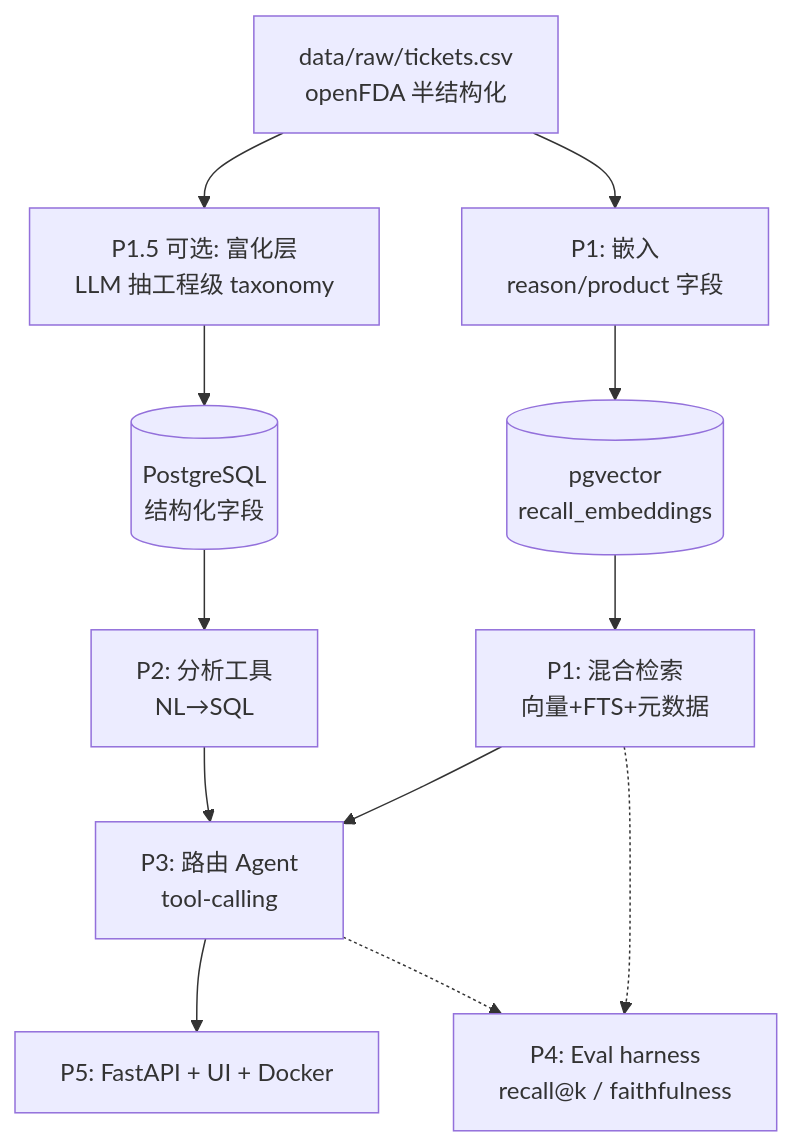
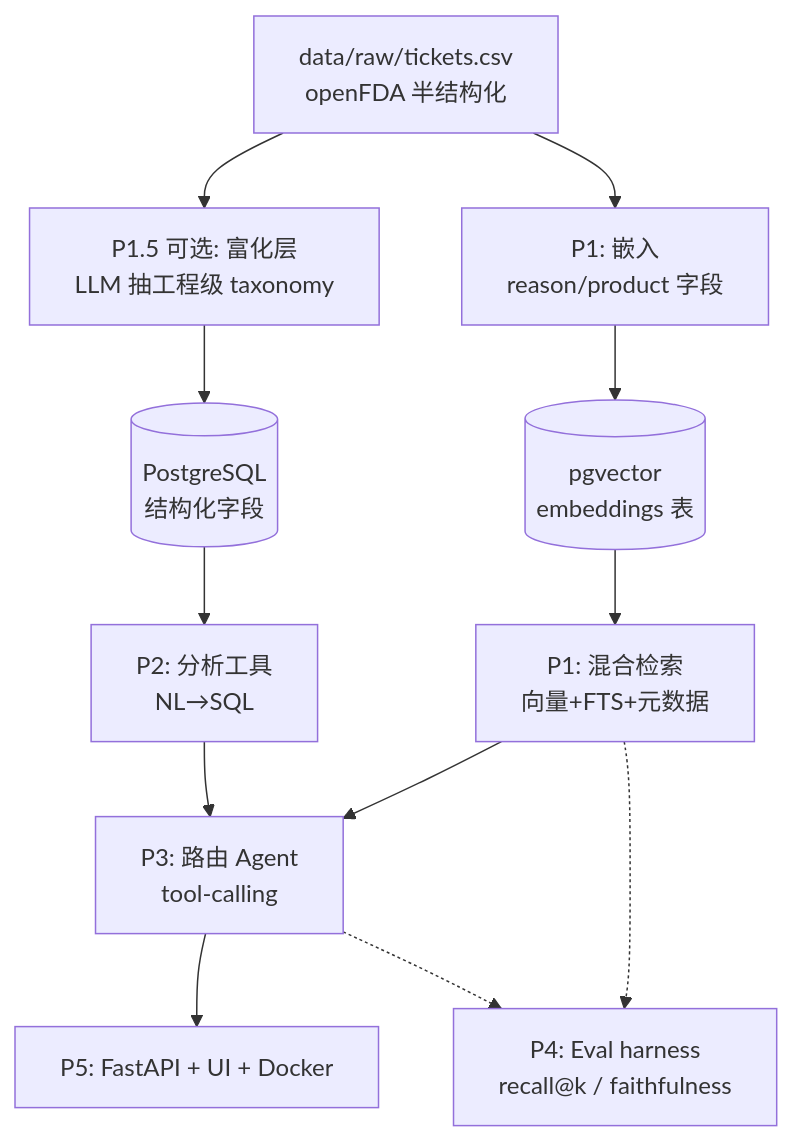
The diagram in PLAN.md (Wmx-5Percent/FDAgent), drawn with Mermaid before and after one commit. The commit also changed other lines of this file and 6 other files, not shown here.

````diff
--- a/PLAN.md
+++ b/PLAN.md
@@ -26,14 +26,14 @@
 ```mermaid
 flowchart TB
   A[data/raw/tickets.csv<br/>openFDA 半结构化] --> B[P1.5 可选: 富化层<br/>LLM 抽工程级 taxonomy]
   B --> C[(PostgreSQL<br/>结构化字段)]
   A --> D[P1: 嵌入<br/>reason/product 字段]
-  D --> E[(pgvector<br/>recall_embeddings)]
+  D --> E[(pgvector<br/>embeddings 表)]
   C --> F[P2: 分析工具<br/>NL→SQL]
   E --> G[P1: 混合检索<br/>向量+FTS+元数据]
   G --> H[P3: 路由 Agent<br/>tool-calling]
   F --> H
   H --> I[P5: FastAPI + UI + Docker]
   G -.-> J[P4: Eval harness<br/>recall@k / faithfulness]
   H -.-> J
 ```
````
